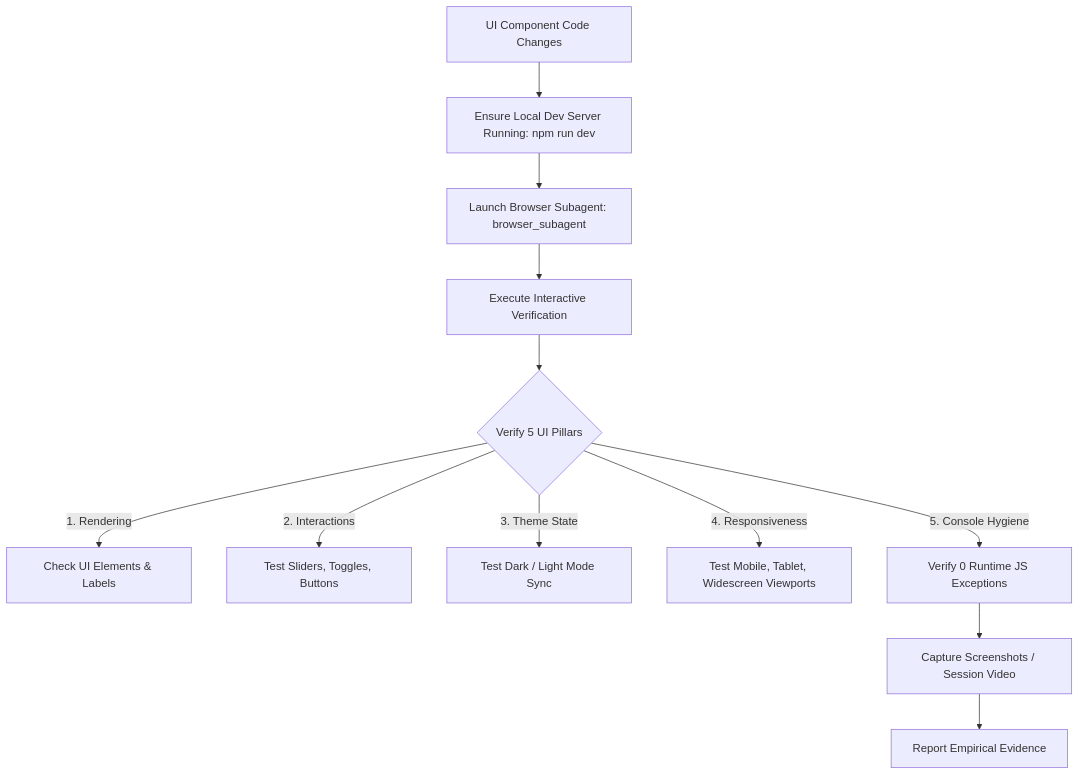
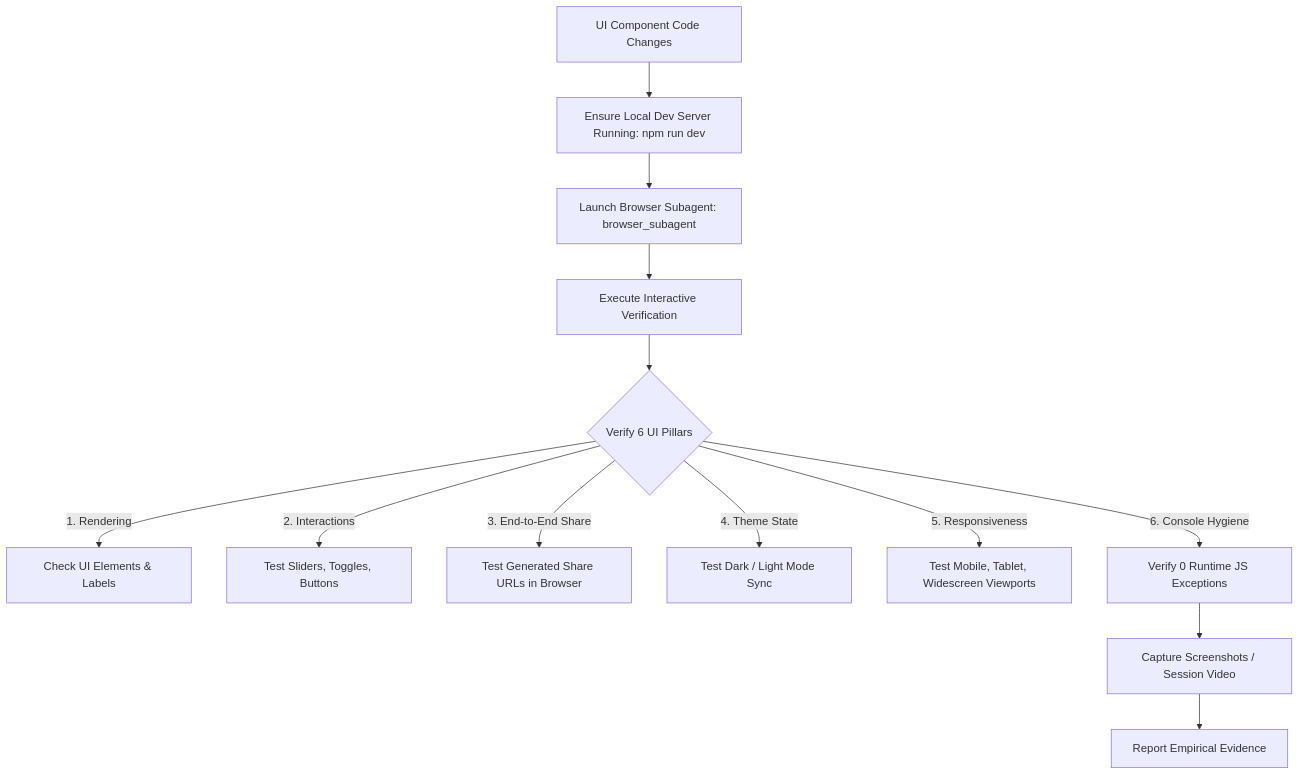
The diagram in .agents/skills/browser-ui-testing/SKILL.md (fahadmp955/game-tune-kit), drawn with Mermaid before and after one commit. The commit also changed other lines of this file, not shown here.

Commit message:
docs(skills): update browser-ui-testing skill with deep-link share URL pillar

````diff
--- a/.agents/skills/browser-ui-testing/SKILL.md
+++ b/.agents/skills/browser-ui-testing/SKILL.md
@@ -16,14 +16,15 @@
 ```mermaid
 graph TD
     A[UI Component Code Changes] --> B[Ensure Local Dev Server Running: npm run dev]
     B --> C[Launch Browser Subagent: browser_subagent]
     C --> D[Execute Interactive Verification]
-    D --> E{Verify 5 UI Pillars}
+    D --> E{Verify 6 UI Pillars}
     E -->|1. Rendering| F[Check UI Elements & Labels]
     E -->|2. Interactions| G[Test Sliders, Toggles, Buttons]
-    E -->|3. Theme State| H[Test Dark / Light Mode Sync]
-    E -->|4. Responsiveness| I[Test Mobile, Tablet, Widescreen Viewports]
-    E -->|5. Console Hygiene| J[Verify 0 Runtime JS Exceptions]
-    J --> K[Capture Screenshots / Session Video]
-    K --> L[Report Empirical Evidence]
+    E -->|3. End-to-End Share| H[Test Generated Share URLs in Browser]
+    E -->|4. Theme State| I[Test Dark / Light Mode Sync]
+    E -->|5. Responsiveness| J[Test Mobile, Tablet, Widescreen Viewports]
+    E -->|6. Console Hygiene| K[Verify 0 Runtime JS Exceptions]
+    K --> L[Capture Screenshots / Session Video]
+    L --> M[Report Empirical Evidence]
 ```
````
